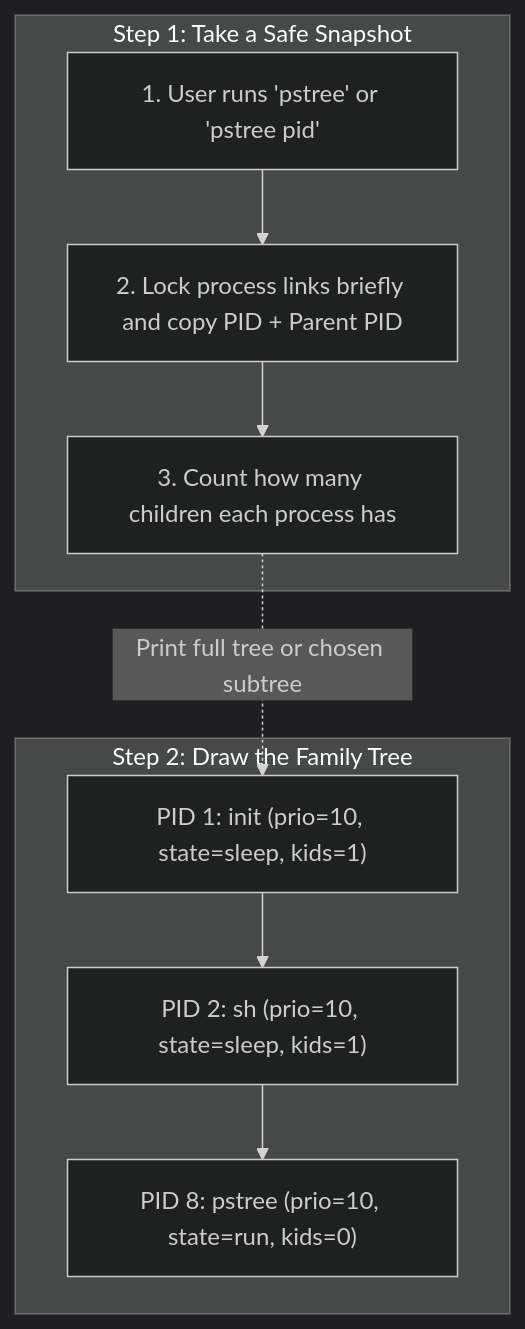
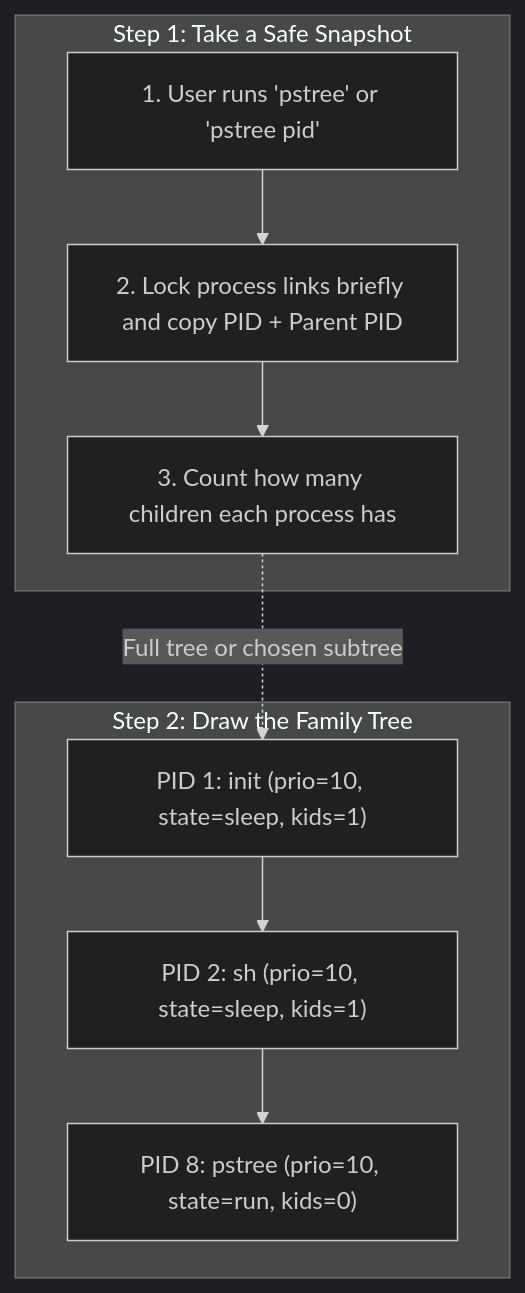
The ninth of 21 diagrams in README.md (asbahkhan67-ctrl/xv6-riscv), drawn with Mermaid (dark theme) before and after one commit. The commit also changed other lines of this file and 167 other files, not shown here.

````diff
--- a/README.md
+++ b/README.md
@@ -656,14 +556,14 @@
 ```mermaid
 flowchart TD
     subgraph Collect["Step 1: Take a Safe Snapshot"]
         A["1. User runs 'pstree' or 'pstree pid'"] --> B["2. Lock process links briefly and copy PID + Parent PID"]
         B --> C["3. Count how many children each process has"]
     end
 
     subgraph Display["Step 2: Draw the Family Tree"]
         D["PID 1: init (prio=10, state=sleep, kids=1)"] --> E["PID 2: sh (prio=10, state=sleep, kids=1)"]
         E --> F["PID 8: pstree (prio=10, state=run, kids=0)"]
     end
 
-    C -. "Print full tree or chosen subtree" .-> D
+    C -.->|Full tree or chosen subtree| D
 ```
````
